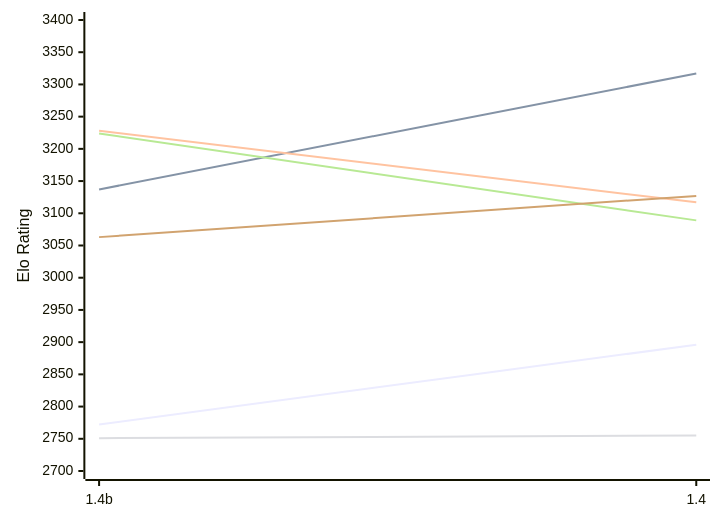
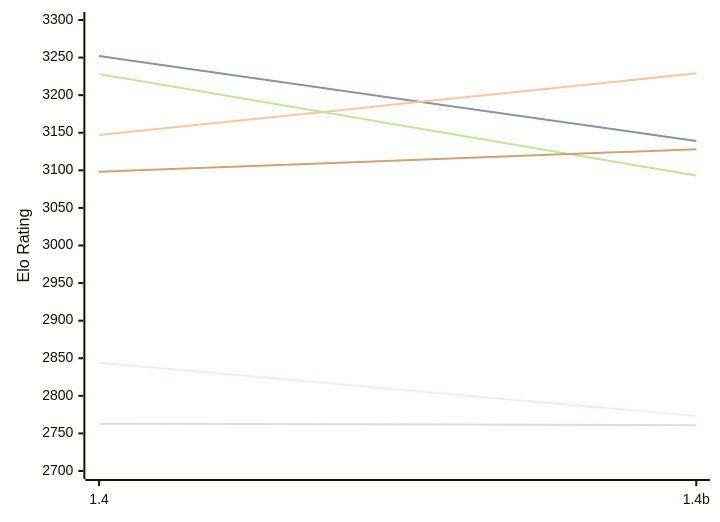
Before and after one commit to computer-chess-index/cci: the first of 2 diagrams in engines/Chessnix.md, drawn with Mermaid. The commit also changed other lines of this file, not shown here.

Commit message:
Update CCI Ratings (ELO VLTC) - 2026-11-17

````diff
--- a/engines/Chessnix.md
+++ b/engines/Chessnix.md
@@ -52,12 +52,12 @@
 ```mermaid
 %%{init: {"theme":"base","themeVariables":{"seriesColors:['#a3a3a3','#222221','#faa371']}}}%%
 xychart-beta
-  x-axis ["1.4b", "1.4"]
-  y-axis "Elo Rating" 2700 --> 3400
-  line "E1: STC (8.0+0.08s)" [2772, 2896]
-  line "E1: LTC (60.0+0.60s)" [3137, 3317]
-  line "E1: VLTC (2m24s+1.12s)" [3228, 3117]
-  line "P1: STC (8.0+0.08s)" [2751, 2755]
-  line "P1: LTC (60.0+0.60s)" [3224, 3089]
-  line "P1: VLTC (2m24s+1.12s)" [3063, 3127]
+  x-axis ["1.4", "1.4b"]
+  y-axis "Elo Rating" 2700 --> 3300
+  line "E1: STC (8.0+0.08s)" [2844, 2773]
+  line "E1: LTC (60.0+0.60s)" [3252, 3139]
+  line "E1: VLTC (2m24s+1.12s)" [3147, 3229]
+  line "P1: STC (8.0+0.08s)" [2763, 2761]
+  line "P1: LTC (60.0+0.60s)" [3228, 3093]
+  line "P1: VLTC (2m24s+1.12s)" [3098, 3128]
 ```
````
